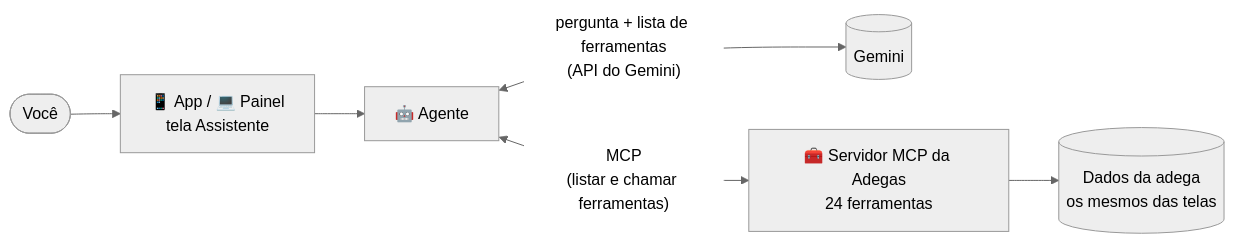
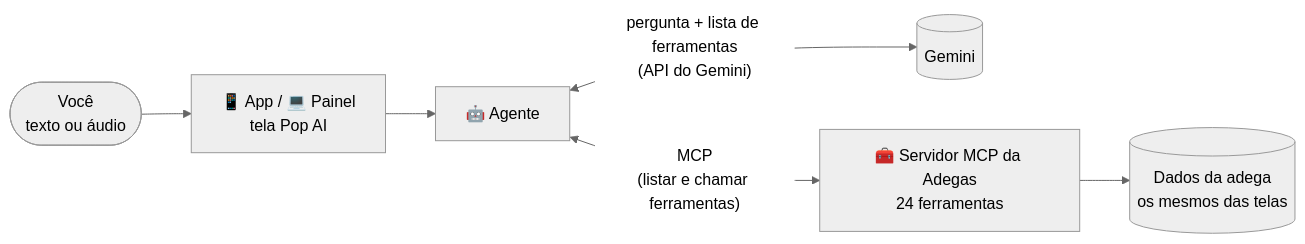
One commit to Diogo632/Adegas changed the diagram in docs/ASSISTENTE.md. Above: the diagram before and after it, drawn with Mermaid (neutral theme). The commit also changed other lines of this file and 28 other files, not shown here.

First line of the commit message:
Adega Pop, assistente Pop AI e áudio no assistente

````diff
--- a/docs/ASSISTENTE.md
+++ b/docs/ASSISTENTE.md
@@ -41,8 +52,8 @@
 ```mermaid
 flowchart LR
-    Pessoa(["Você"]) --> Tela["📱 App / 💻 Painel<br/>tela Assistente"]
+    Pessoa(["Você<br/>texto ou áudio"]) --> Tela["📱 App / 💻 Painel<br/>tela Pop AI"]
     Tela --> Agente["🤖 Agente"]
     Agente <-->|"pergunta + lista de ferramentas<br/>(API do Gemini)"| Gemini[("Gemini")]
     Agente <-->|"MCP<br/>(listar e chamar ferramentas)"| Servidor["🧰 Servidor MCP da Adegas<br/>24 ferramentas"]
     Servidor --> Dados[("Dados da adega<br/>os mesmos das telas")]
 ```
````
